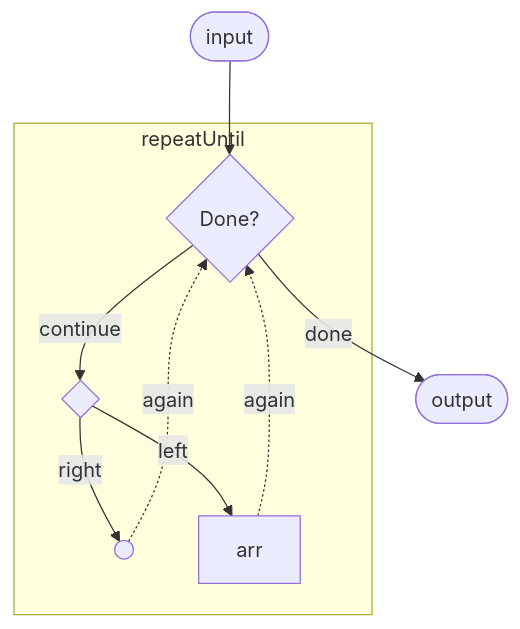
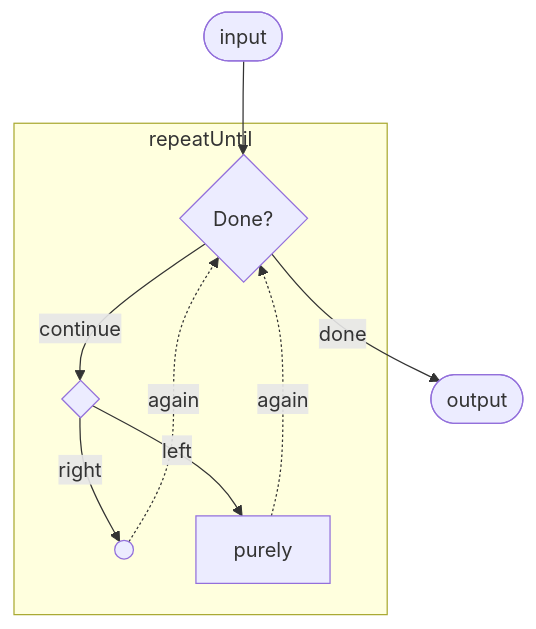
Before and after one commit to drshade/haskell-agentic: the diagram in examples/diagrams/choice-in-repeat.mmd, drawn with Mermaid. The commit also changed 49 other files, not shown here.

Commit message:
Generalise repeat predicates to flows and document the calculus

```diff
--- a/examples/diagrams/choice-in-repeat.mmd
+++ b/examples/diagrams/choice-in-repeat.mmd
@@ -1,16 +1,16 @@
 flowchart TD
   input(["input"])
   subgraph n_flow_0["repeatUntil"]
     n_flow_1{"Done?"}
     n_flow_repeat_seq_1_0{" "}
     entry_flow_repeat_seq_1_select_1((" "))
-    n_flow_repeat_seq_1_choose_0_0["arr"]
+    n_flow_repeat_seq_1_choose_0_0["purely"]
   end
   output(["output"])
   input --> n_flow_1
   n_flow_1 -->|continue| n_flow_repeat_seq_1_0
   n_flow_repeat_seq_1_0 -->|left| n_flow_repeat_seq_1_choose_0_0
   n_flow_repeat_seq_1_choose_0_0 -.->|again| n_flow_1
   n_flow_repeat_seq_1_0 -->|right| entry_flow_repeat_seq_1_select_1
   entry_flow_repeat_seq_1_select_1 -.->|again| n_flow_1
   n_flow_1 -->|done| output
```
